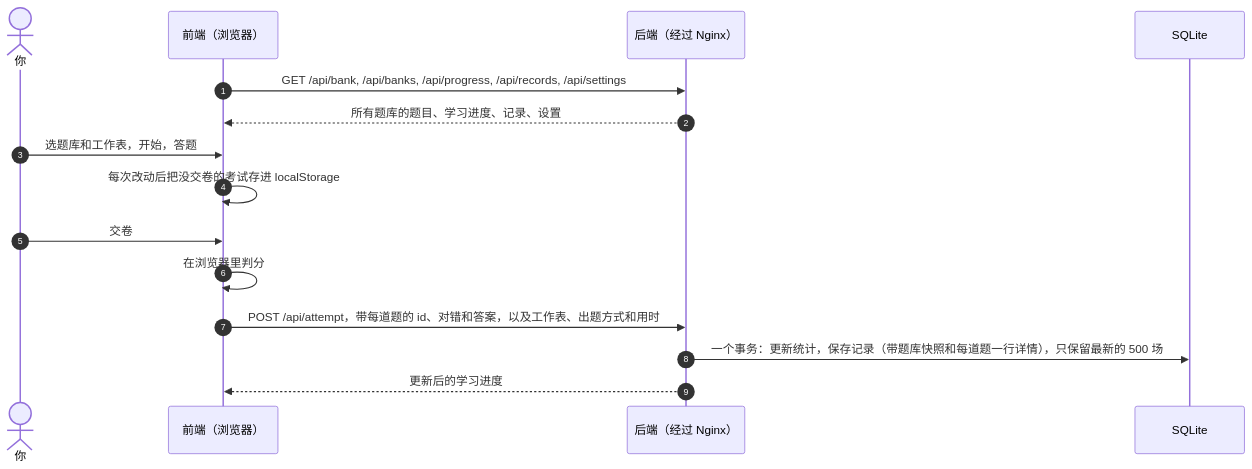
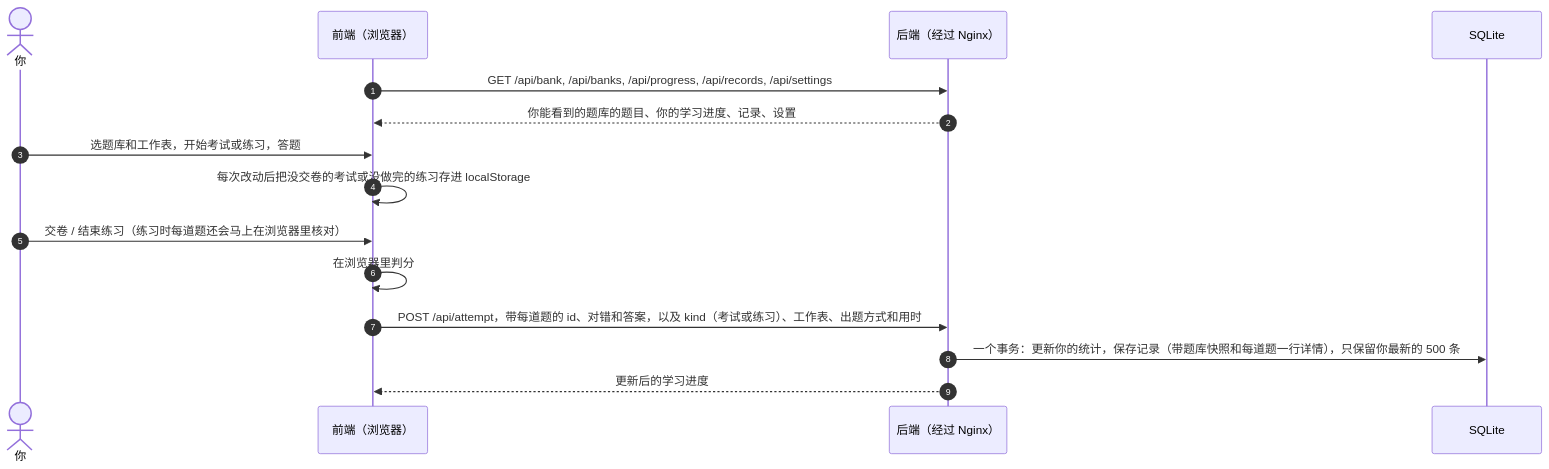
The fourth of 7 diagrams in README/README.zh-CN.md (Yumin-Space/xexam), drawn with Mermaid before and after one commit. The commit also changed other lines of this file and 295 other files, not shown here.

````diff
--- a/README/README.zh-CN.md
+++ b/README/README.zh-CN.md
@@ -714,17 +961,17 @@
 ```mermaid
 sequenceDiagram
     autonumber
     actor Y as 你
     participant F as 前端（浏览器）
     participant B as 后端（经过 Nginx）
     participant D as SQLite
     F->>B: GET /api/bank, /api/banks, /api/progress, /api/records, /api/settings
-    B-->>F: 所有题库的题目、学习进度、记录、设置
-    Y->>F: 选题库和工作表，开始，答题
-    F->>F: 每次改动后把没交卷的考试存进 localStorage
-    Y->>F: 交卷
+    B-->>F: 你能看到的题库的题目、你的学习进度、记录、设置
+    Y->>F: 选题库和工作表，开始考试或练习，答题
+    F->>F: 每次改动后把没交卷的考试或没做完的练习存进 localStorage
+    Y->>F: 交卷 / 结束练习（练习时每道题还会马上在浏览器里核对）
     F->>F: 在浏览器里判分
-    F->>B: POST /api/attempt，带每道题的 id、对错和答案，以及工作表、出题方式和用时
-    B->>D: 一个事务：更新统计，保存记录（带题库快照和每道题一行详情），只保留最新的 500 场
+    F->>B: POST /api/attempt，带每道题的 id、对错和答案，以及 kind（考试或练习）、工作表、出题方式和用时
+    B->>D: 一个事务：更新你的统计，保存记录（带题库快照和每道题一行详情），只保留你最新的 500 条
     B-->>F: 更新后的学习进度
 ```
````
